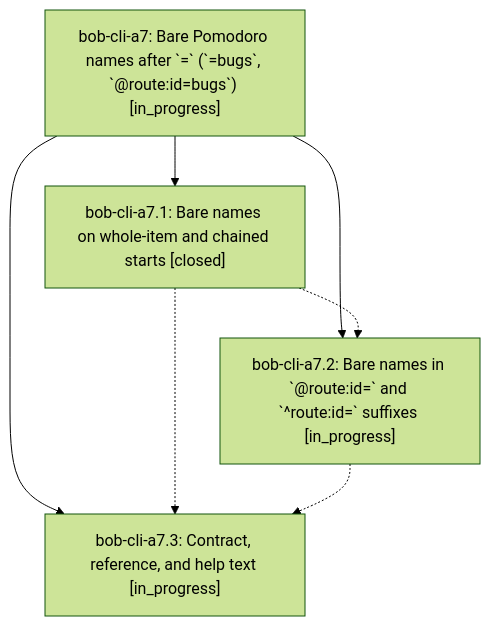
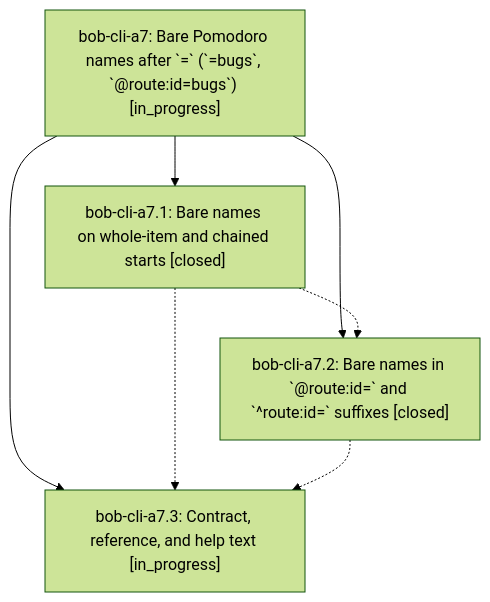
The diagram in pages/bob-cli-a7/README.md (bobs-org/bob-cli--beads), drawn with Mermaid (forest theme) before and after one commit. The commit also changed other lines of this file and 3 other files, not shown here.

First line of the commit message:
chore(beads): sync bead state and pages for bob-cli-a7

````diff
--- a/pages/bob-cli-a7/README.md
+++ b/pages/bob-cli-a7/README.md
@@ -36,13 +38,13 @@
 ```mermaid
 flowchart TD
     n0["bob-cli-a7: Bare Pomodoro names after `=` (`=bugs`, `@route:id=bugs`) [in_progress]"]
     n1["bob-cli-a7.1: Bare names on whole-item and chained starts [closed]"]
-    n2["bob-cli-a7.2: Bare names in `@route:id=` and `^route:id=` suffixes [in_progress]"]
+    n2["bob-cli-a7.2: Bare names in `@route:id=` and `^route:id=` suffixes [closed]"]
     n3["bob-cli-a7.3: Contract, reference, and help text [in_progress]"]
     n0 --> n1
     n0 --> n2
     n0 --> n3
     n1 -.-> n2
     n1 -.-> n3
     n2 -.-> n3
 ```
````
